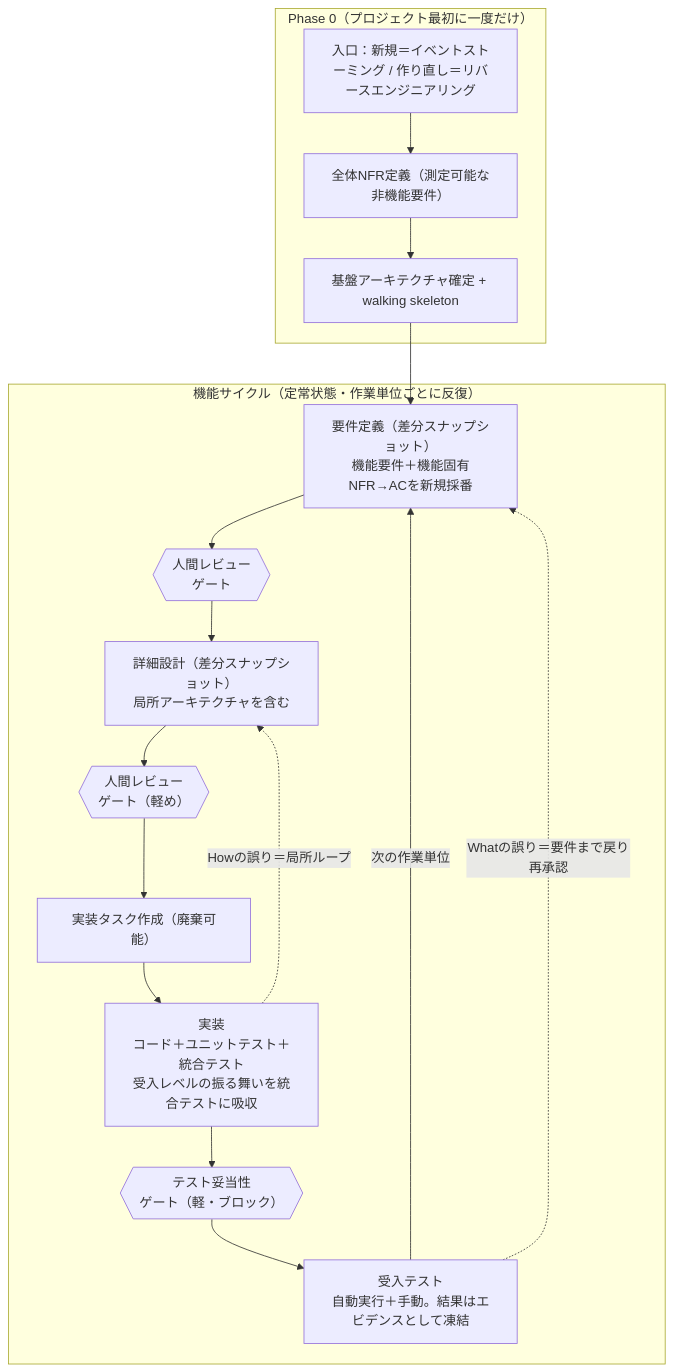
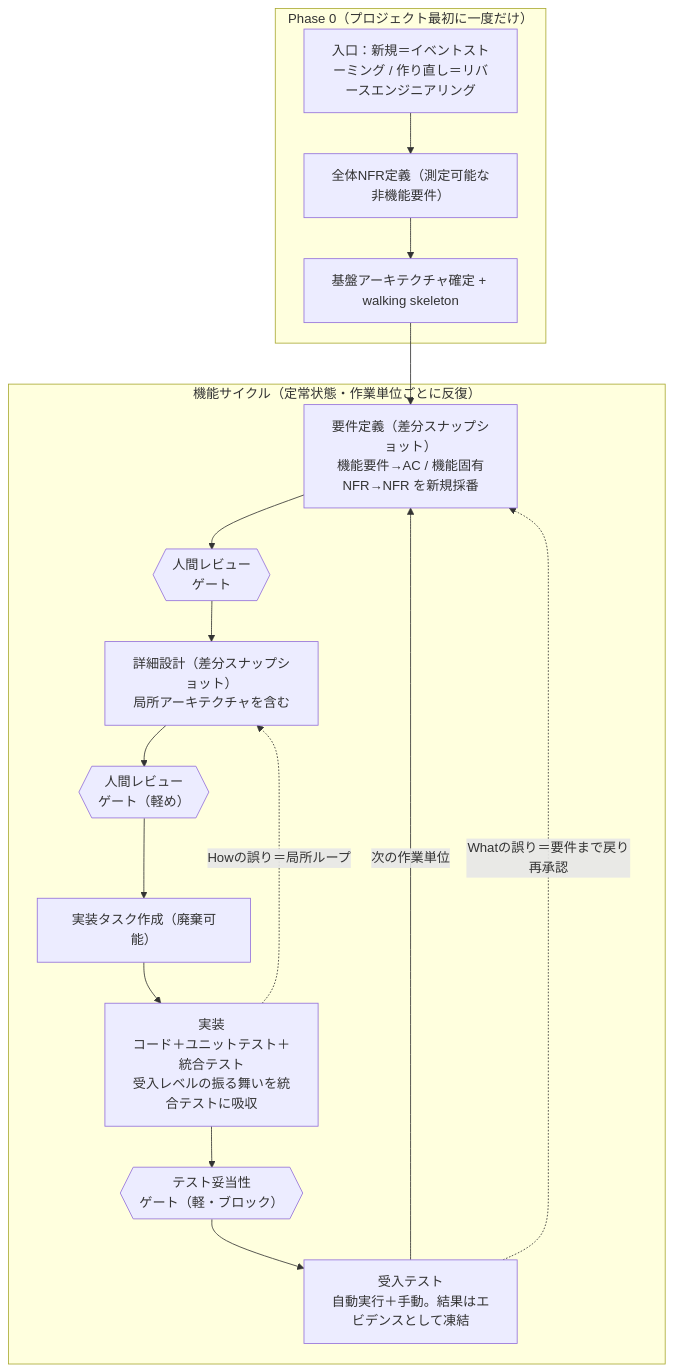
Before and after one commit to Uta-member/sdd-define-docs: the diagram in 正式ドキュメント/SDD全体フロー.md, drawn with Mermaid. The commit also changed other lines of this file and 8 other files, not shown here.

````diff
--- a/正式ドキュメント/SDD全体フロー.md
+++ b/正式ドキュメント/SDD全体フロー.md
@@ -14,27 +14,27 @@
 ```mermaid
 flowchart TD
     subgraph P0["Phase 0（プロジェクト最初に一度だけ）"]
         A0["入口：新規＝イベントストーミング / 作り直し＝リバースエンジニアリング"]
         A1["全体NFR定義（測定可能な非機能要件）"]
         A2["基盤アーキテクチャ確定 + walking skeleton"]
         A0 --> A1 --> A2
     end
 
     subgraph CYCLE["機能サイクル（定常状態・作業単位ごとに反復）"]
-        B1["要件定義（差分スナップショット）<br/>機能要件＋機能固有NFR→ACを新規採番"]
+        B1["要件定義（差分スナップショット）<br/>機能要件→AC / 機能固有NFR→NFR を新規採番"]
         G1{{"人間レビュー<br/>ゲート"}}
         B2["詳細設計（差分スナップショット）<br/>局所アーキテクチャを含む"]
         G2{{"人間レビュー<br/>ゲート（軽め）"}}
         B3["実装タスク作成（廃棄可能）"]
         B4["実装<br/>コード＋ユニットテスト＋統合テスト<br/>受入レベルの振る舞いを統合テストに吸収"]
         G3{{"テスト妥当性<br/>ゲート（軽・ブロック）"}}
         B5["受入テスト<br/>自動実行＋手動。結果はエビデンスとして凍結"]
         B1 --> G1 --> B2 --> G2 --> B3 --> B4 --> G3 --> B5
     end
 
     A2 --> B1
     B5 -->|次の作業単位| B1
 
     B4 -.->|Howの誤り＝局所ループ| B2
     B5 -.->|Whatの誤り＝要件まで戻り再承認| B1
 ```
````
